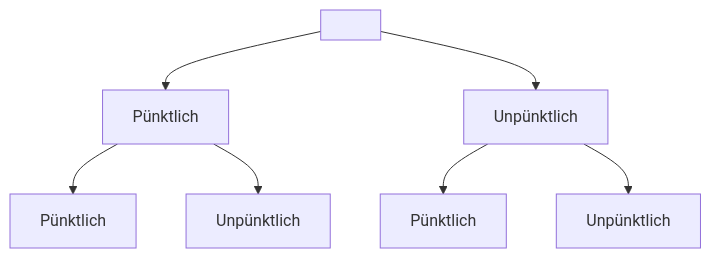
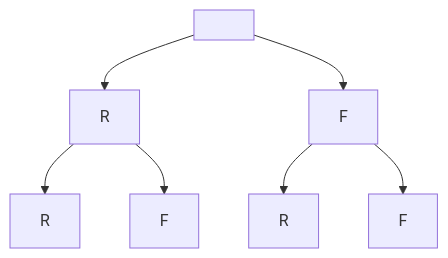
One commit to Kiyotoko/vault-sek2 changed the diagram in Abi 2024/Mathe/Tasks.md. Above: the diagram before and after it, drawn with Mermaid. The commit also changed other lines of this file, not shown here.

Commit message:
vault backup: 2023-03-09 10:07:34

```diff
--- a/Abi 2024/Mathe/Tasks.md
+++ b/Abi 2024/Mathe/Tasks.md
@@ -1355,10 +1355,10 @@
 ~~~mermaid
 graph TB;
 	A[ ]
-	A-->A0[Pünktlich]
-	A-->A1[Unpünktlich]
-	A0-->A00[Pünktlich]
-	A0-->A01[Unpünktlich]
-	A1-->A10[Pünktlich]
-	A1-->A11[Unpünktlich]
+	A-->A0[R]
+	A-->A1[F]
+	A0-->A00[R]
+	A0-->A01[F]
+	A1-->A10[R]
+	A1-->A11[F]
 ~~~
```
